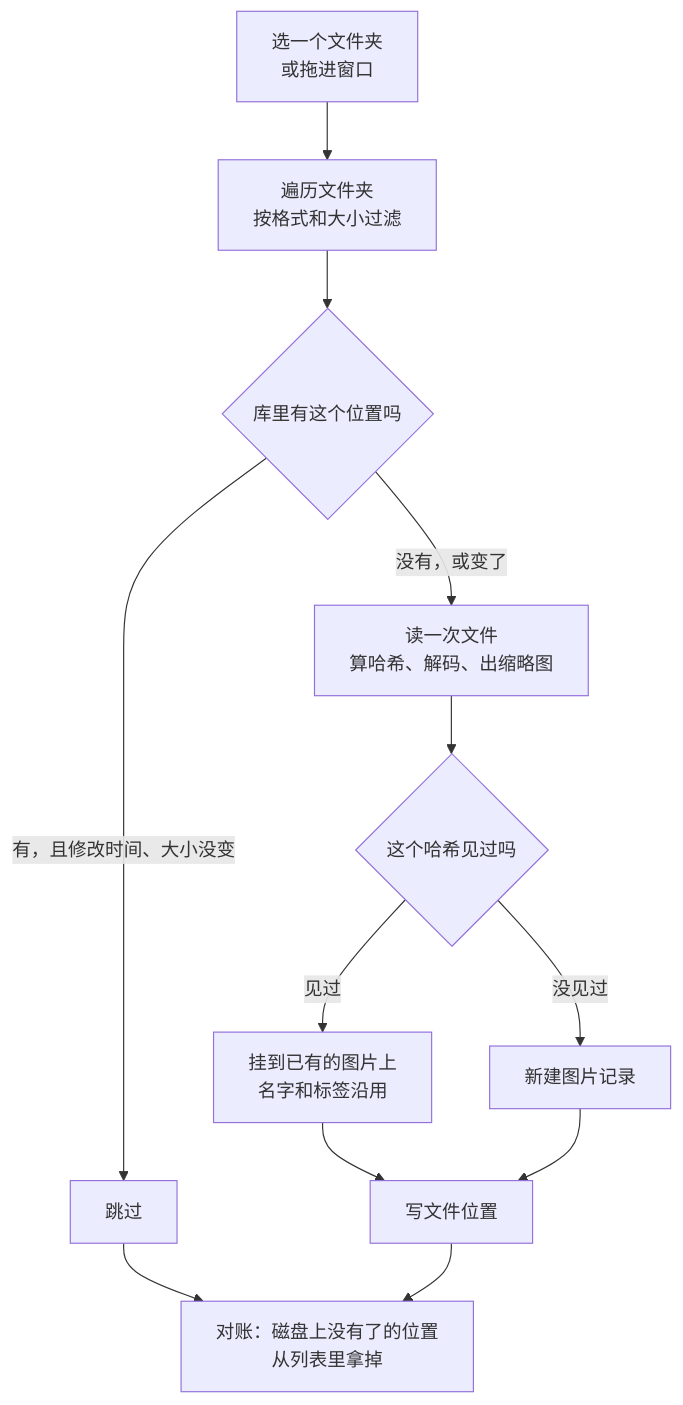
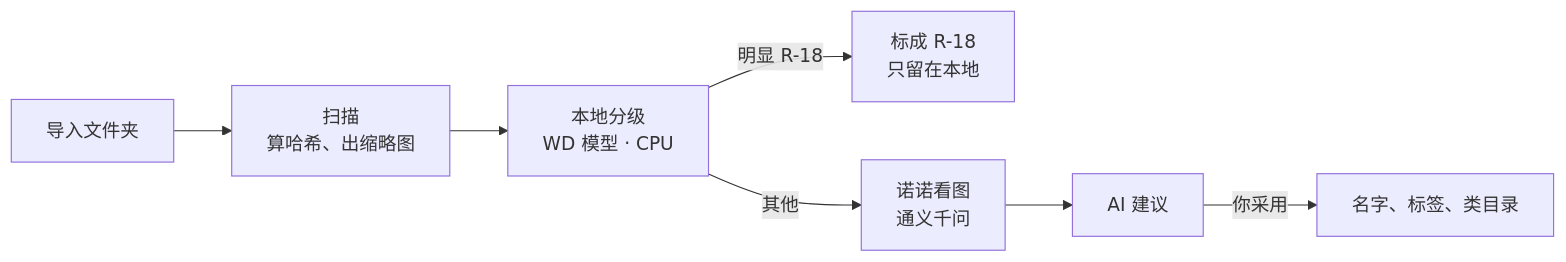
The diagram in README.md (pluchon/nuonuo_tool_center), drawn with Mermaid before and after one commit. The commit also changed other lines of this file and 1 other file, not shown here.

````diff
--- a/README.md
+++ b/README.md
@@ -119,14 +70,9 @@
 ```mermaid
-flowchart TD
-    A["选一个文件夹<br/>或拖进窗口"] --> B["遍历文件夹<br/>按格式和大小过滤"]
-    B --> C{"库里有这个位置吗"}
-    C -- "有，且修改时间、大小没变" --> K["跳过"]
-    C -- "没有，或变了" --> E["读一次文件<br/>算哈希、解码、出缩略图"]
-    E --> F{"这个哈希见过吗"}
-    F -- 见过 --> G["挂到已有的图片上<br/>名字和标签沿用"]
-    F -- 没见过 --> H["新建图片记录"]
-    G --> I["写文件位置"]
-    H --> I
-    K --> J["对账：磁盘上没有了的位置<br/>从列表里拿掉"]
-    I --> J
+flowchart LR
+    A["导入文件夹"] --> B["扫描<br/>算哈希、出缩略图"]
+    B --> C["本地分级<br/>WD 模型 · CPU"]
+    C -- "明显 R-18" --> R["标成 R-18<br/>只留在本地"]
+    C -- "其他" --> L["诺诺看图<br/>通义千问"]
+    L --> S["AI 建议"]
+    S -- "你采用" --> D["名字、标签、类目录"]
 ```
````
